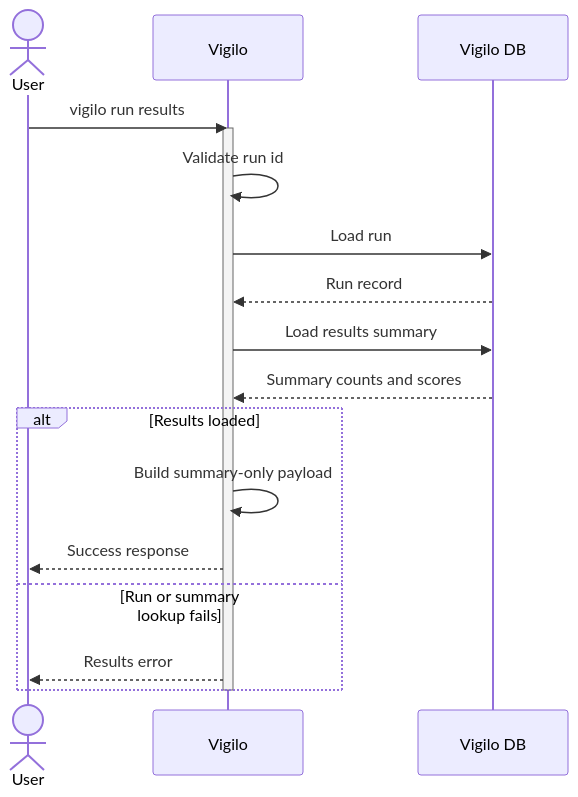
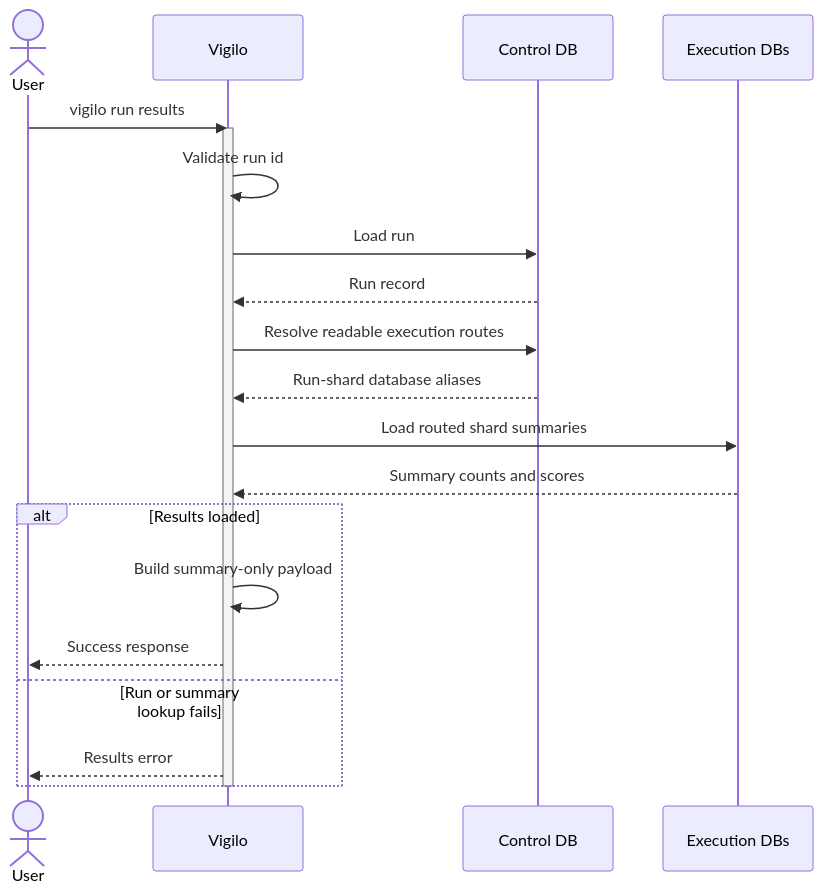
One commit to gregl83/agent-vigilo changed the diagram in web/docs/architecture/flows/run/results/execution-flow.mmd. Above: the diagram before and after it, drawn with Mermaid. The commit also changed 16 other files, not shown here.

```diff
--- a/web/docs/architecture/flows/run/results/execution-flow.mmd
+++ b/web/docs/architecture/flows/run/results/execution-flow.mmd
@@ -1,30 +1,33 @@
 ---
 config:
   flowchart:
     nodeSpacing: 150
     rankSpacing: 80
   themeVariables:
     edgeLabelBackground: 'transparent'
 ---
 sequenceDiagram
     actor User
     participant Vigilo
-    participant DB as Vigilo DB
+    participant ControlDB as Control DB
+    participant ExecutionDB as Execution DBs
 
     User->>Vigilo: vigilo run results
     activate Vigilo
 
     Vigilo->>Vigilo: Validate run id
-    Vigilo->>DB: Load run
-    DB-->>Vigilo: Run record
-    Vigilo->>DB: Load results summary
-    DB-->>Vigilo: Summary counts and scores
+    Vigilo->>ControlDB: Load run
+    ControlDB-->>Vigilo: Run record
+    Vigilo->>ControlDB: Resolve readable execution routes
+    ControlDB-->>Vigilo: Run-shard database aliases
+    Vigilo->>ExecutionDB: Load routed shard summaries
+    ExecutionDB-->>Vigilo: Summary counts and scores
 
     alt Results loaded
         Vigilo->>Vigilo: Build summary-only payload
         Vigilo-->>User: Success response
     else Run or summary lookup fails
         Vigilo-->>User: Results error
     end
 
     deactivate Vigilo
```
